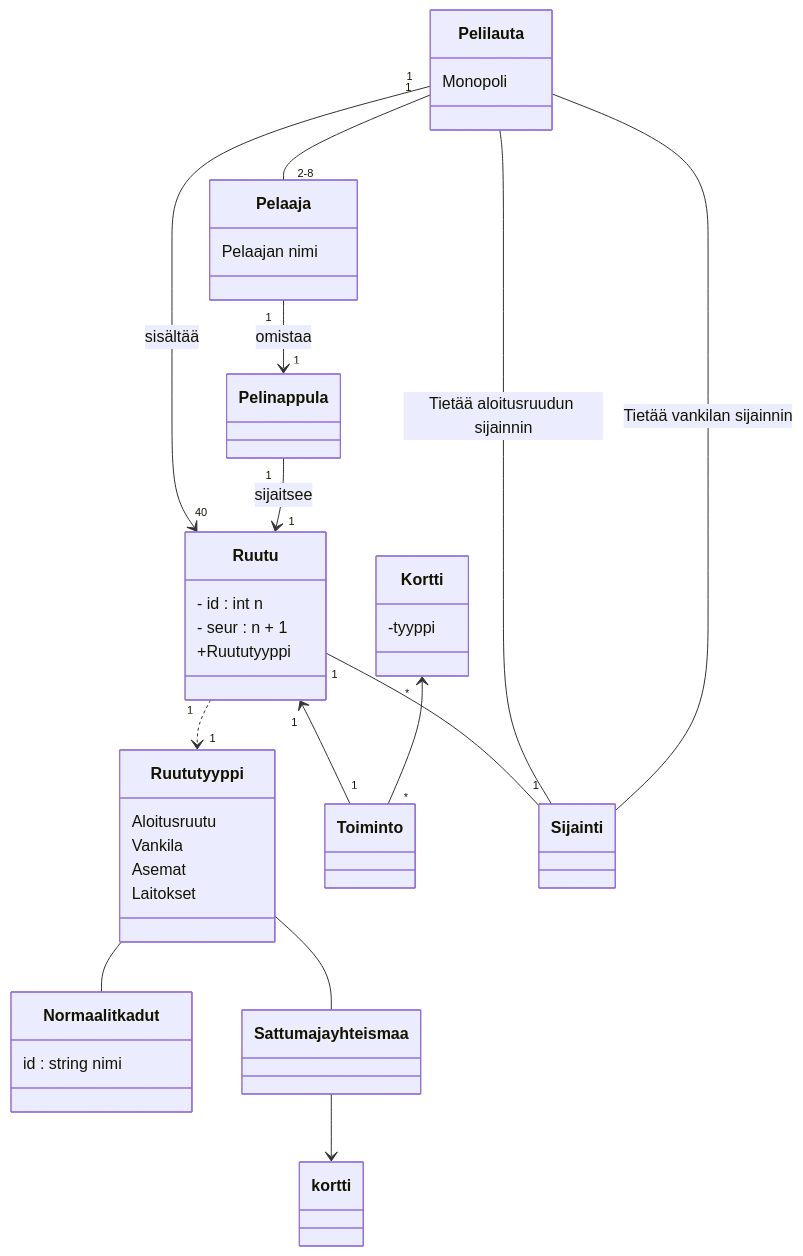
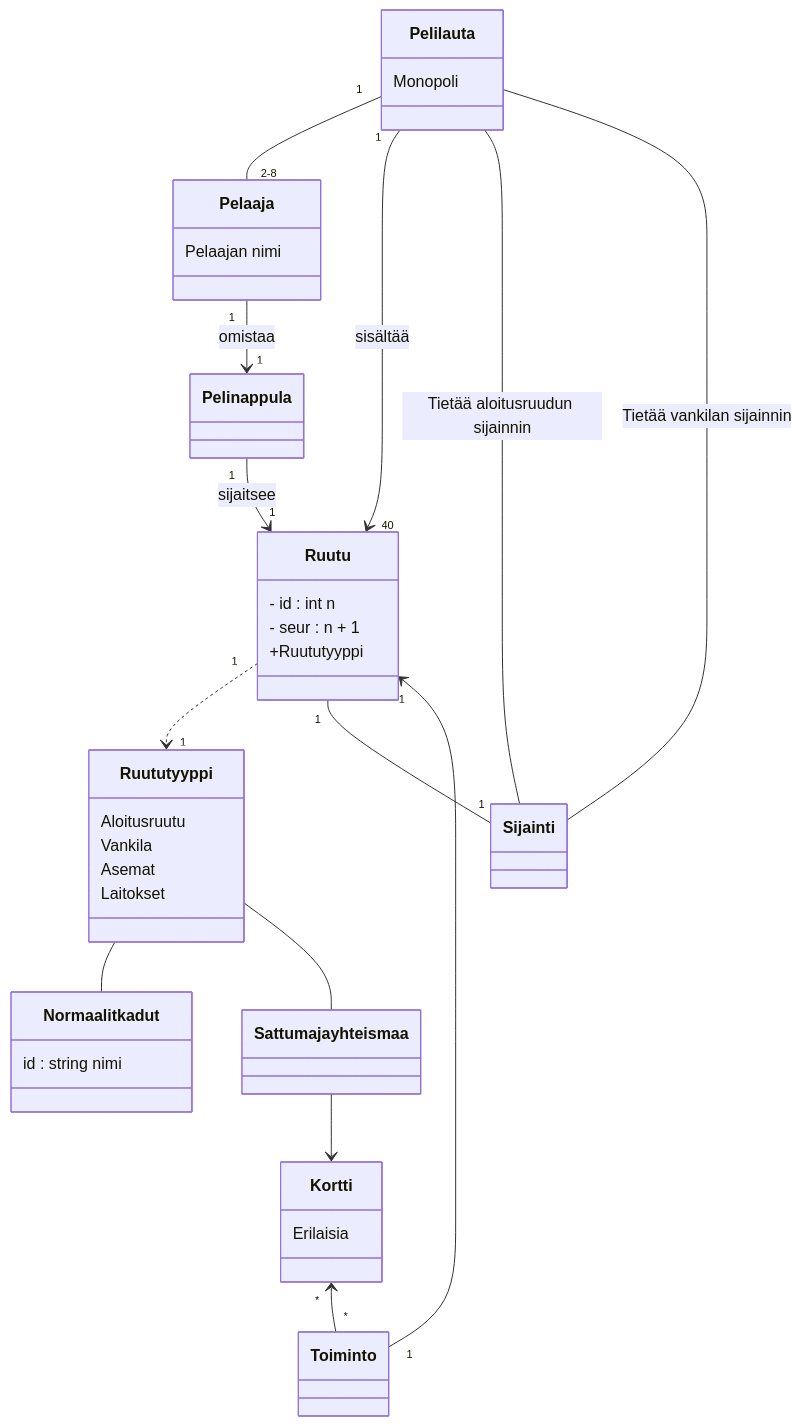
The diagram in laskarit/viikko3/monopoli.md (brotholi/ot-harjoitustyo), drawn with Mermaid before and after one commit.

````diff
--- a/laskarit/viikko3/monopoli.md
+++ b/laskarit/viikko3/monopoli.md
@@ -1,72 +1,72 @@
 ```mermaid
  classDiagram
     
     
     class Pelaaja {
         Pelaajan nimi
     }
 
     class Pelilauta {
      Monopoli 
     }
     
     
     class Ruutu {
     - id : int n
     - seur : n + 1
      +Ruututyyppi 
     
     }
     
     class Ruututyyppi {
      Aloitusruutu
      Vankila
      Asemat
      Laitokset
    
     }
     
     
 
     class Normaalit kadut {
     id : string nimi
     }
          
     class Pelinappula {
     }
     
     class Toiminto {
     
     }
     
     class Kortti {
-    -tyyppi
+    Erilaisia
     
     }
     
 
     Pelilauta "1" -- "2-8" Pelaaja
 
     Pelaaja "1" --> "1" Pelinappula : omistaa
     Pelilauta "1" --> "40" Ruutu : sisältää
     Pelinappula "1" --> "1" Ruutu : sijaitsee
 
     Ruutu "1" ..> "1" Ruututyyppi 
     Ruututyyppi -- Normaalit kadut
     Ruututyyppi -- Sattuma ja yhteismaa
-    Sattuma ja yhteismaa --> kortti
+    Sattuma ja yhteismaa --> Kortti
     
     Ruutu "1" -- "1" Sijainti
     
     Pelilauta -- Sijainti : Tietää aloitusruudun sijainnin
     Pelilauta -- Sijainti : Tietää vankilan sijainnin
     
     Ruutu "1" <-- "1" Toiminto
     
     Kortti "*" <-- "*" Toiminto
     
     
 
 
     
 ```
````
